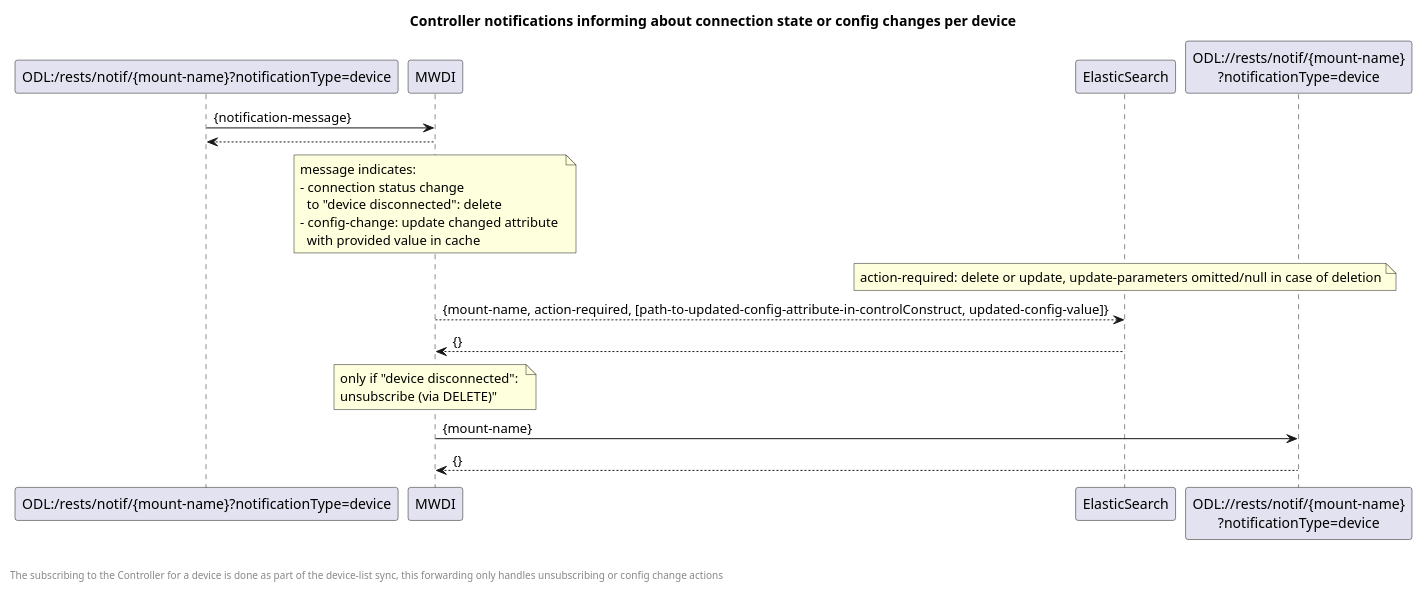
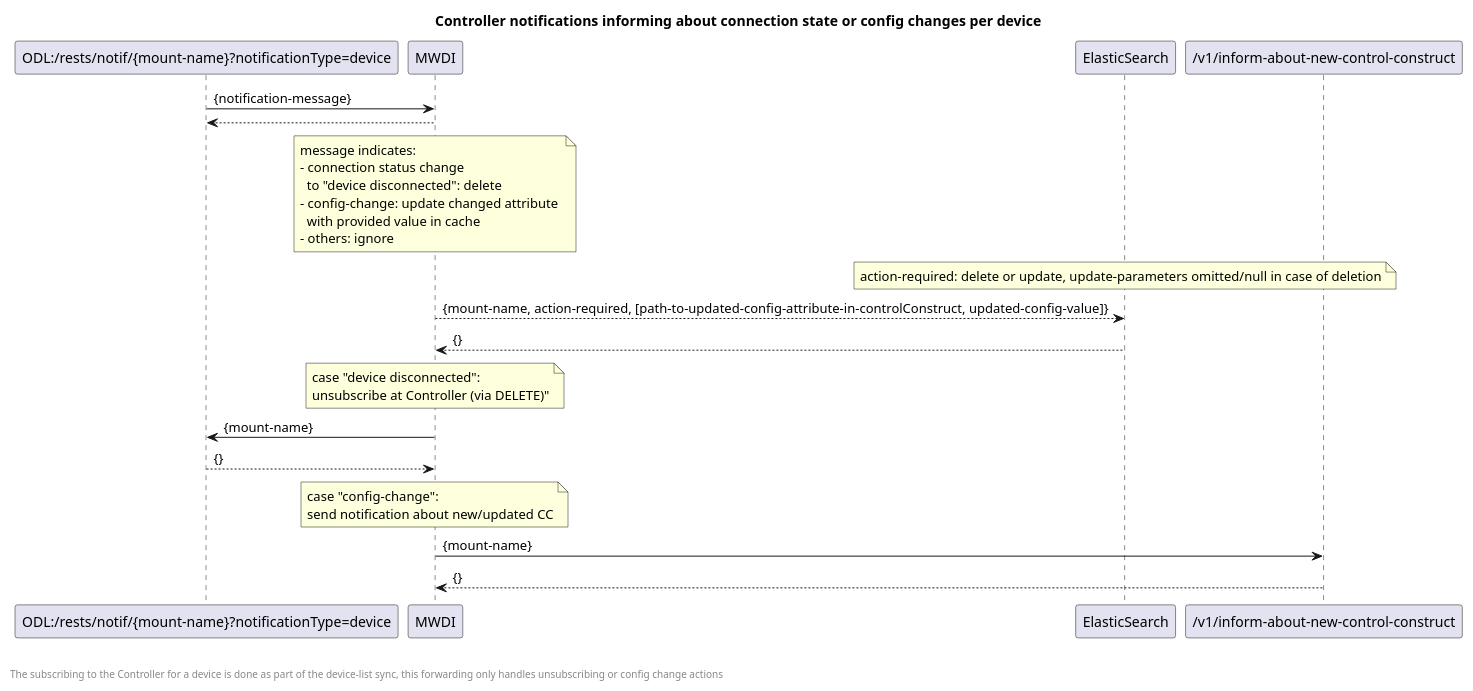
One commit to openBackhaul/MicroWaveDeviceInventory changed the diagram in spec/diagrams/01x_forwardingControllerNotification.plantuml. Above: the diagram before and after it, drawn with PlantUML.

Commit message:
[Concept] New forwardings concept Fixes #198

```diff
--- a/spec/diagrams/01x_forwardingControllerNotification.plantuml
+++ b/spec/diagrams/01x_forwardingControllerNotification.plantuml
@@ -1,23 +1,28 @@
 @startuml
 skinparam responseMessageBelowArrow true
 
 title Controller notifications informing about connection state or config changes per device
 
 'receive the notification
 "ODL:/rests/notif/{mount-name}?notificationType=device" -> "MWDI": {notification-message}
 "MWDI" --> "ODL:/rests/notif/{mount-name}?notificationType=device"
 
-note over "MWDI": message indicates: \n- connection status change \n  to "device disconnected": delete \n- config-change: update changed attribute \n  with provided value in cache
+note over "MWDI": message indicates: \n- connection status change \n  to "device disconnected": delete \n- config-change: update changed attribute \n  with provided value in cache \n- others: ignore
 note over "ElasticSearch": action-required: delete or update, update-parameters omitted/null in case of deletion
 
 "MWDI" --> "ElasticSearch": {mount-name, action-required, [path-to-updated-config-attribute-in-controlConstruct, updated-config-value]}
 "ElasticSearch" --> "MWDI": {}
 
-note over "MWDI": only if "device disconnected": \nunsubscribe (via DELETE)"
+note over "MWDI": case "device disconnected": \nunsubscribe at Controller (via DELETE)"
 
-"MWDI" -> "ODL://rests/notif/{mount-name}\n?notificationType=device": {mount-name}
-"ODL://rests/notif/{mount-name}\n?notificationType=device" --> "MWDI": {}
+"MWDI" -> "ODL:/rests/notif/{mount-name}?notificationType=device": {mount-name}
+"ODL:/rests/notif/{mount-name}?notificationType=device" --> "MWDI": {}
+
+note over "MWDI": case "config-change": \nsend notification about new/updated CC
+"MWDI" -> "/v1/inform-about-new-control-construct": {mount-name}
+"/v1/inform-about-new-control-construct" --> "MWDI": {}
 
 left footer \n\nThe subscribing to the Controller for a device is done as part of the device-list sync, this forwarding only handles unsubscribing or config change actions
 
+
 @enduml
```
